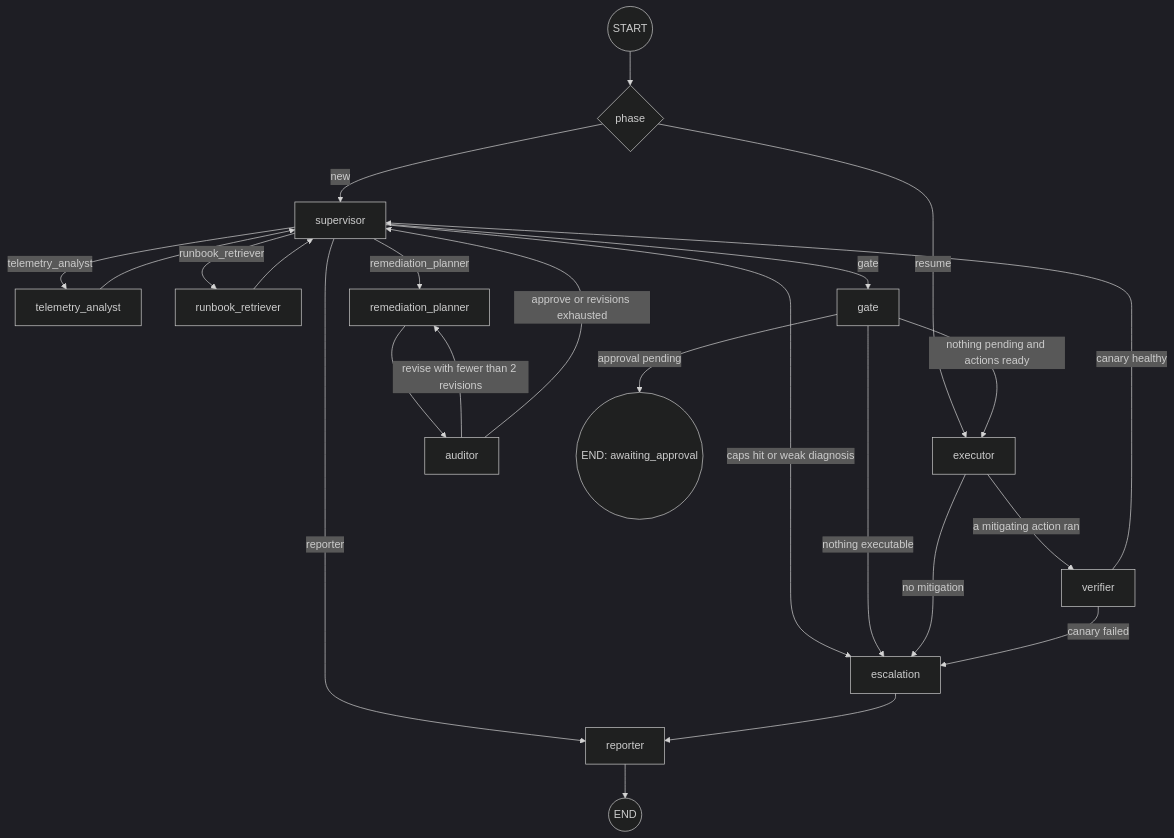
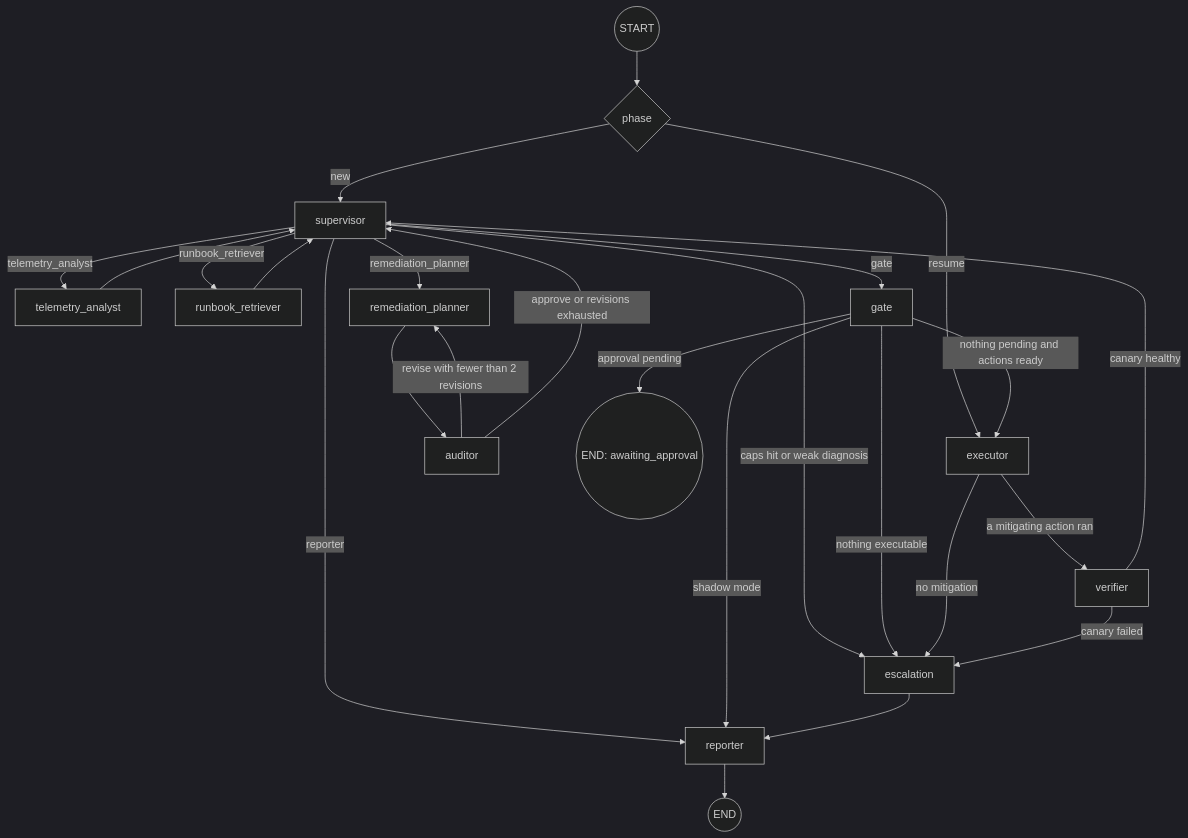
The second of 3 diagrams in docs/architecture.md (flaviorg/incident-copilot), drawn with Mermaid (dark theme) before and after one commit. The commit also changed other lines of this file and 226 other files, not shown here.

First line of the commit message:
Release 0.4.0: generic connectors (New Relic, Sentry, Bugsnag, Alertmanager, webhook, MCP) and live shadow mode (#3)

````diff
--- a/docs/architecture.md
+++ b/docs/architecture.md
@@ -72,26 +88,27 @@
 ```mermaid
 flowchart TD
   START((START)) --> ENTRY{phase}
   ENTRY -- new --> SUP[supervisor]
   ENTRY -- resume --> EX[executor]
   SUP -- telemetry_analyst --> TEL[telemetry_analyst]
   SUP -- runbook_retriever --> RB[runbook_retriever]
   SUP -- remediation_planner --> PL[remediation_planner]
   SUP -- gate --> GT[gate]
   SUP -- reporter --> RP[reporter]
   SUP -- caps hit or weak diagnosis --> ESC[escalation]
   TEL --> SUP
   RB --> SUP
   PL --> AU[auditor]
   AU -- revise with fewer than 2 revisions --> PL
   AU -- approve or revisions exhausted --> SUP
+  GT -- shadow mode --> RP
   GT -- approval pending --> END1(("END: awaiting_approval"))
   GT -- nothing pending and actions ready --> EX
   GT -- nothing executable --> ESC
   EX -- a mitigating action ran --> VE[verifier]
   EX -- no mitigation --> ESC
   VE -- canary healthy --> SUP
   VE -- canary failed --> ESC
   ESC --> RP
   RP --> END2((END))
 ```
````
